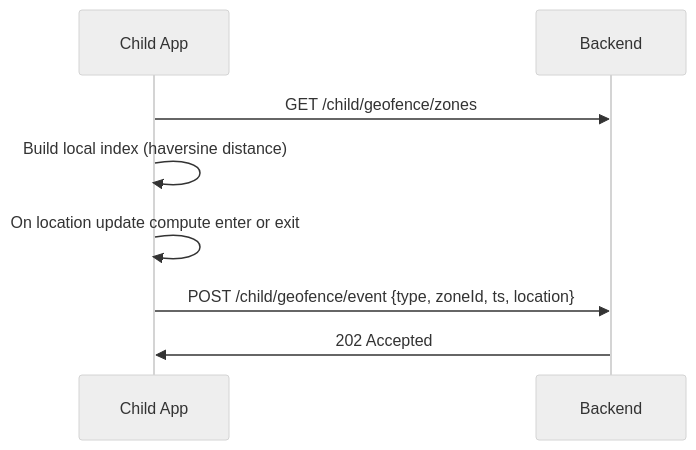
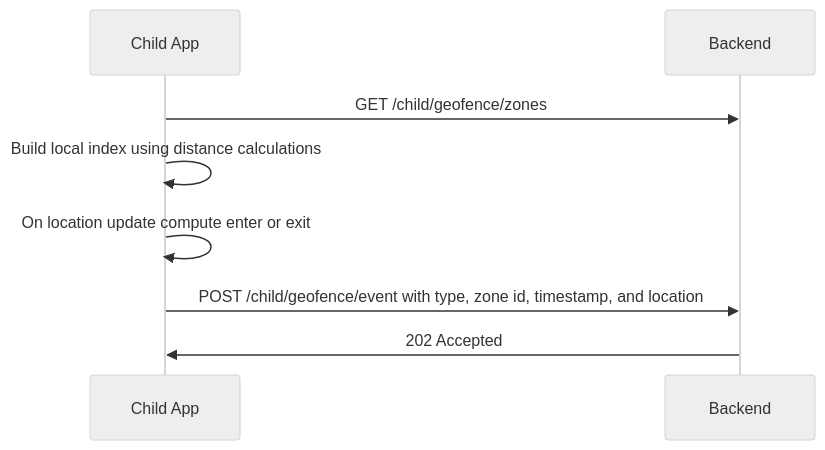
The diagram in Doc/Child app/features/03_geofencing_safe_zones.md (maiElkheshen066/safeGuard), drawn with Mermaid (neutral theme) before and after one commit. The commit also changed other lines of this file and 9 other files, not shown here.

````diff
--- a/Doc/Child app/features/03_geofencing_safe_zones.md
+++ b/Doc/Child app/features/03_geofencing_safe_zones.md
@@ -27,10 +27,10 @@
 ```mermaid
 sequenceDiagram
   participant C as Child App
   participant B as Backend
   C->>B: GET /child/geofence/zones
-  C->>C: Build local index (haversine distance)
+  C->>C: Build local index using distance calculations
   C->>C: On location update compute enter or exit
-  C->>B: POST /child/geofence/event {type, zoneId, ts, location}
+  C->>B: POST /child/geofence/event with type, zone id, timestamp, and location
   B->>C: 202 Accepted
 ```
````
